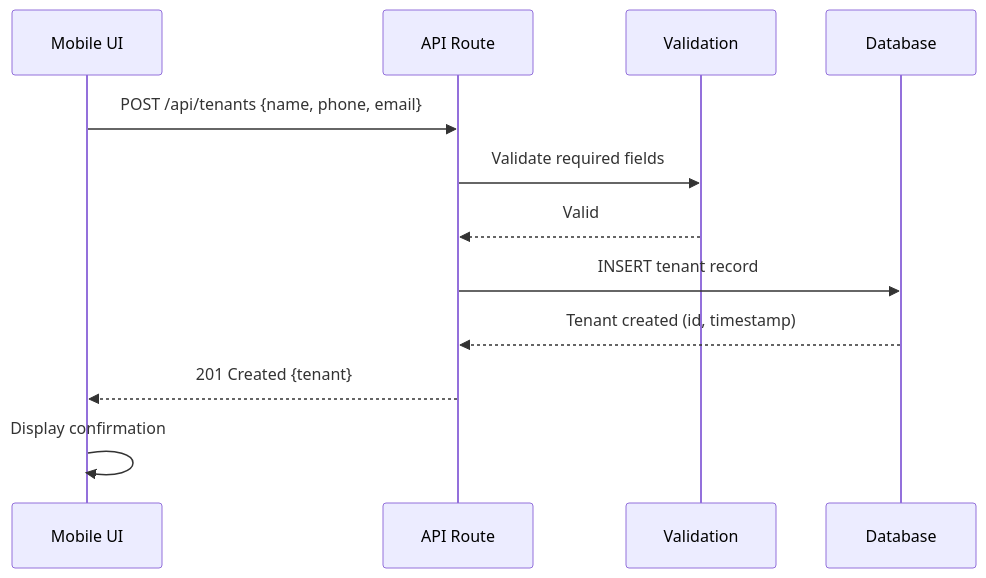
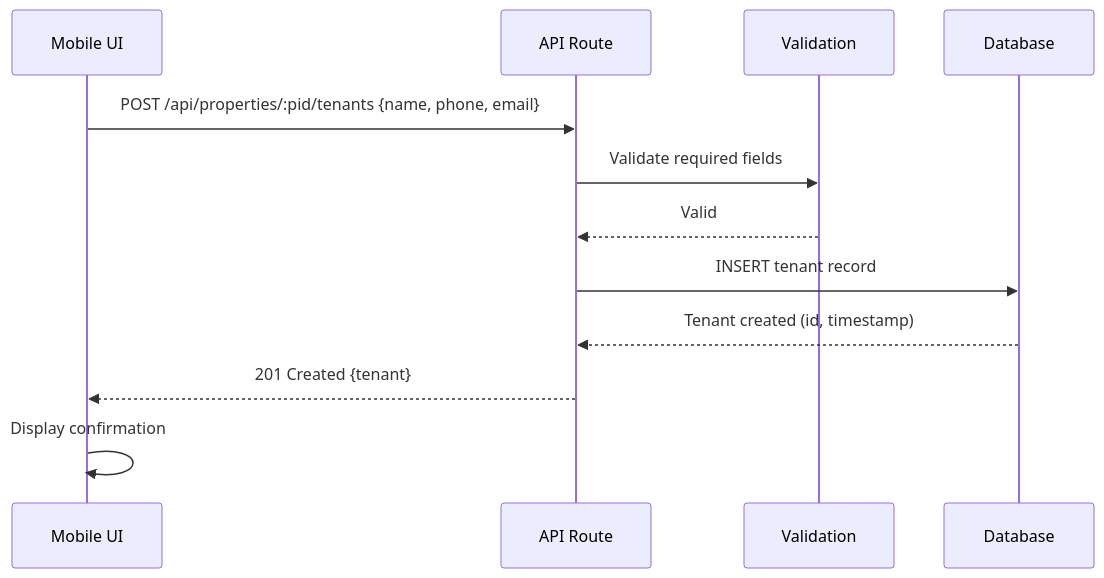
One commit to ahmadfadhil621/e-kost changed the third of 4 diagrams in specs/tenant-room-basics/design.md. Above: the diagram before and after it, drawn with Mermaid. The commit also changed other lines of this file and 14 other files, not shown here.

````diff
--- a/specs/tenant-room-basics/design.md
+++ b/specs/tenant-room-basics/design.md
@@ -65,15 +65,15 @@
 ```mermaid
 sequenceDiagram
     participant UI as Mobile UI
     participant API as API Route
     participant Val as Validation
     participant DB as Database
     
-    UI->>API: POST /api/tenants {name, phone, email}
+    UI->>API: POST /api/properties/:pid/tenants {name, phone, email}
     API->>Val: Validate required fields
     Val-->>API: Valid
     API->>DB: INSERT tenant record
     DB-->>API: Tenant created (id, timestamp)
     API-->>UI: 201 Created {tenant}
     UI->>UI: Display confirmation
 ```
````
